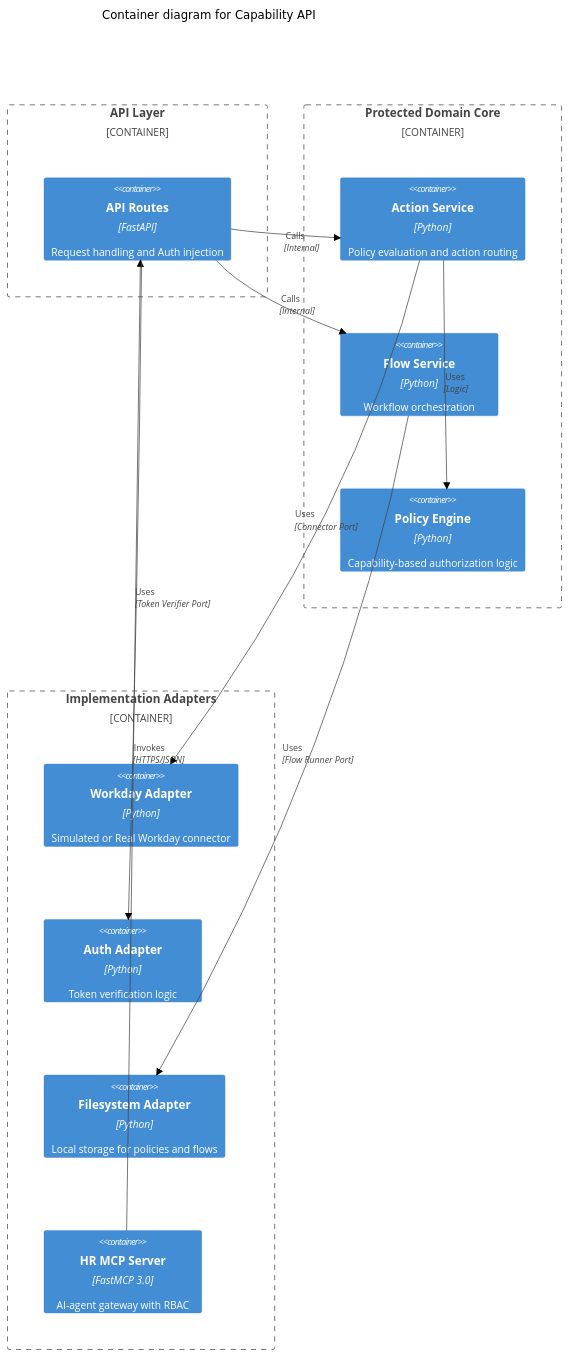
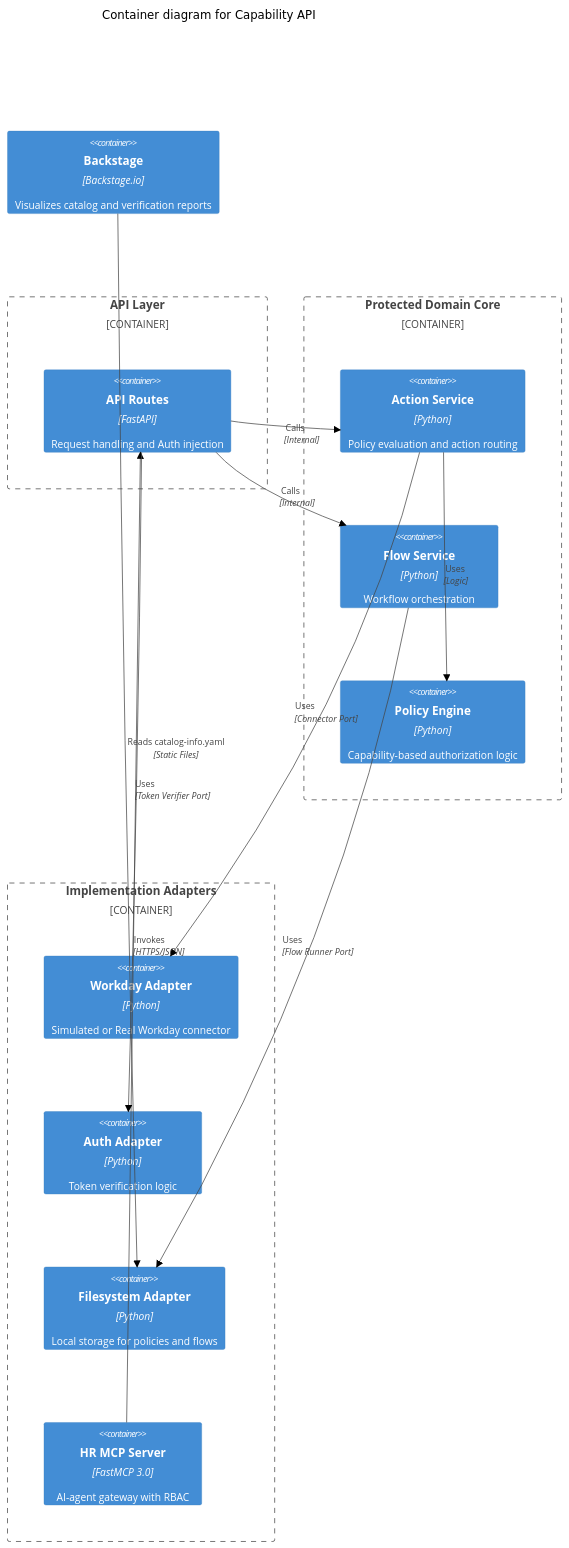
The second of 2 diagrams in docs/architecture.md (mb46010/capability_API), drawn with Mermaid (neutral theme) before and after one commit. The commit also changed other lines of this file and 56 other files, not shown here.

````diff
--- a/docs/architecture.md
+++ b/docs/architecture.md
@@ -32,32 +35,36 @@
 ```mermaid
 C4Container
   title Container diagram for Capability API
   
   Container_Boundary(api_boundary, "API Layer") {
     Container(routes, "API Routes", "FastAPI", "Request handling and Auth injection")
   }
 
   Container_Boundary(core_boundary, "Protected Domain Core") {
     Container(action_service, "Action Service", "Python", "Policy evaluation and action routing")
     Container(flow_service, "Flow Service", "Python", "Workflow orchestration")
     Container(policy_engine, "Policy Engine", "Python", "Capability-based authorization logic")
   }
 
   Container_Boundary(adapter_boundary, "Implementation Adapters") {
     Container(workday_adapter, "Workday Adapter", "Python", "Simulated or Real Workday connector")
     Container(auth_adapter, "Auth Adapter", "Python", "Token verification logic")
     Container(fs_adapter, "Filesystem Adapter", "Python", "Local storage for policies and flows")
     Container(mcp_server, "HR MCP Server", "FastMCP 3.0", "AI-agent gateway with RBAC")
   }
 
+  Container(backstage, "Backstage", "Backstage.io", "Visualizes catalog and verification reports")
+
   Rel(mcp_server, routes, "Invokes", "HTTPS/JSON")
 
   Rel(routes, action_service, "Calls", "Internal")
   Rel(routes, flow_service, "Calls", "Internal")
   
   Rel(action_service, policy_engine, "Uses", "Logic")
   
   Rel(action_service, workday_adapter, "Uses", "Connector Port")
   Rel(flow_service, fs_adapter, "Uses", "Flow Runner Port")
   Rel(routes, auth_adapter, "Uses", "Token Verifier Port")
+
+  Rel(backstage, fs_adapter, "Reads catalog-info.yaml", "Static Files")
 ```
````
